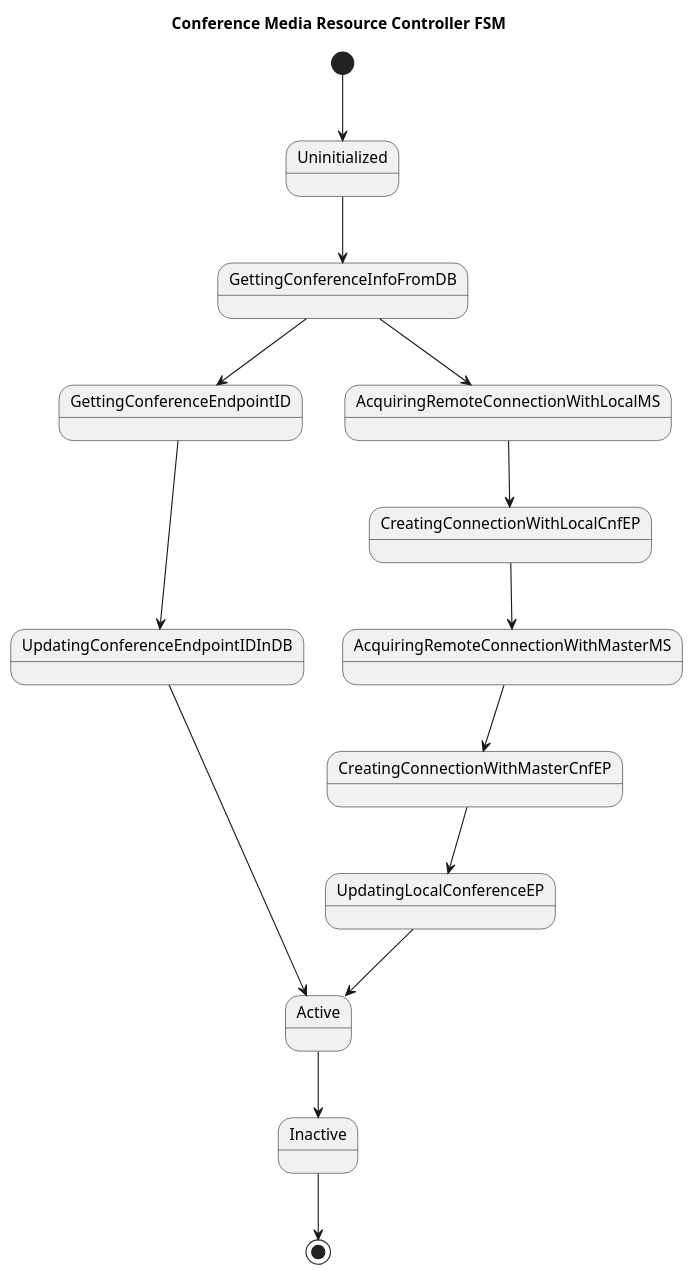
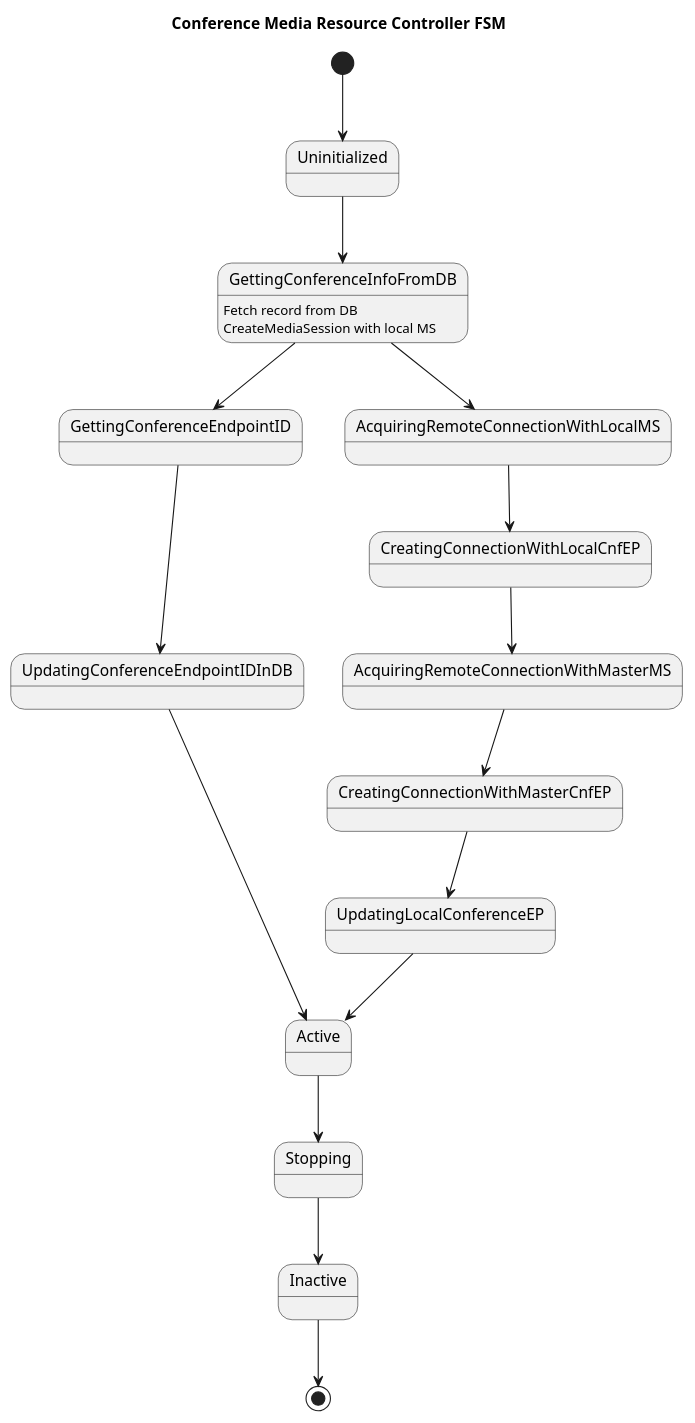
Before and after one commit to RestComm/Restcomm-Connect: the diagram in architecture_diagrams/mscontrol/cascadingconference/cascading-conference-mrb-state-machine.adoc, drawn with PlantUML. The commit also changed 2 other files, not shown here.

Commit message:
removed state regarding bridge creation, added states to fetch cnf ep id #1104

```diff
--- a/architecture_diagrams/mscontrol/cascadingconference/cascading-conference-mrb-state-machine.adoc
+++ b/architecture_diagrams/mscontrol/cascadingconference/cascading-conference-mrb-state-machine.adoc
@@ -1,19 +1,22 @@
 [plantuml, cascading-conference-cmrc-state-machine, svg]     
 ....
 title Conference Media Resource Controller FSM
 
 [*] -->Uninitialized
 Uninitialized-->GettingConferenceInfoFromDB
+GettingConferenceInfoFromDB : Fetch record from DB\nCreateMediaSession with local MS
+
 GettingConferenceInfoFromDB-->GettingConferenceEndpointID
 GettingConferenceEndpointID--> UpdatingConferenceEndpointIDInDB
 UpdatingConferenceEndpointIDInDB-->Active
 
 GettingConferenceInfoFromDB-->AcquiringRemoteConnectionWithLocalMS
 AcquiringRemoteConnectionWithLocalMS-->CreatingConnectionWithLocalCnfEP
 CreatingConnectionWithLocalCnfEP-->AcquiringRemoteConnectionWithMasterMS
 AcquiringRemoteConnectionWithMasterMS-->CreatingConnectionWithMasterCnfEP
 CreatingConnectionWithMasterCnfEP-->UpdatingLocalConferenceEP
 UpdatingLocalConferenceEP-->Active
-Active-->Inactive
+Active-->Stopping
+Stopping-->Inactive
 Inactive-->[*]
 ....
```
